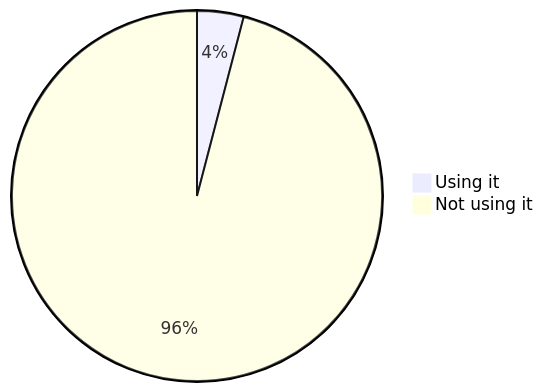
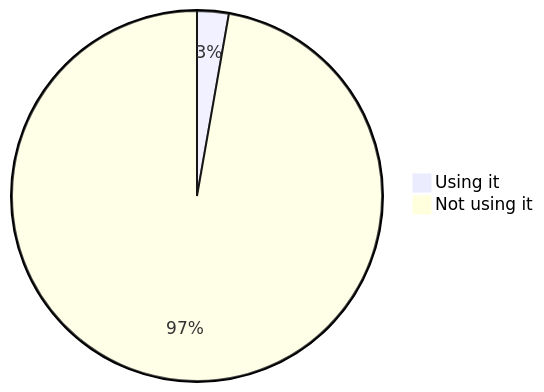
Diagram 17 of 22 in stats.md (oshp/oshp-stats), drawn with Mermaid before and after one commit. The commit also changed other lines of this file, not shown here.

````diff
--- a/stats.md
+++ b/stats.md
@@ -202,6 +202,6 @@
 ```mermaid
 pie
-	"Using it" : 4.06
-	"Not using it" : 95.94
+	"Using it" : 2.76
+	"Not using it" : 97.24
 
 ```
````
